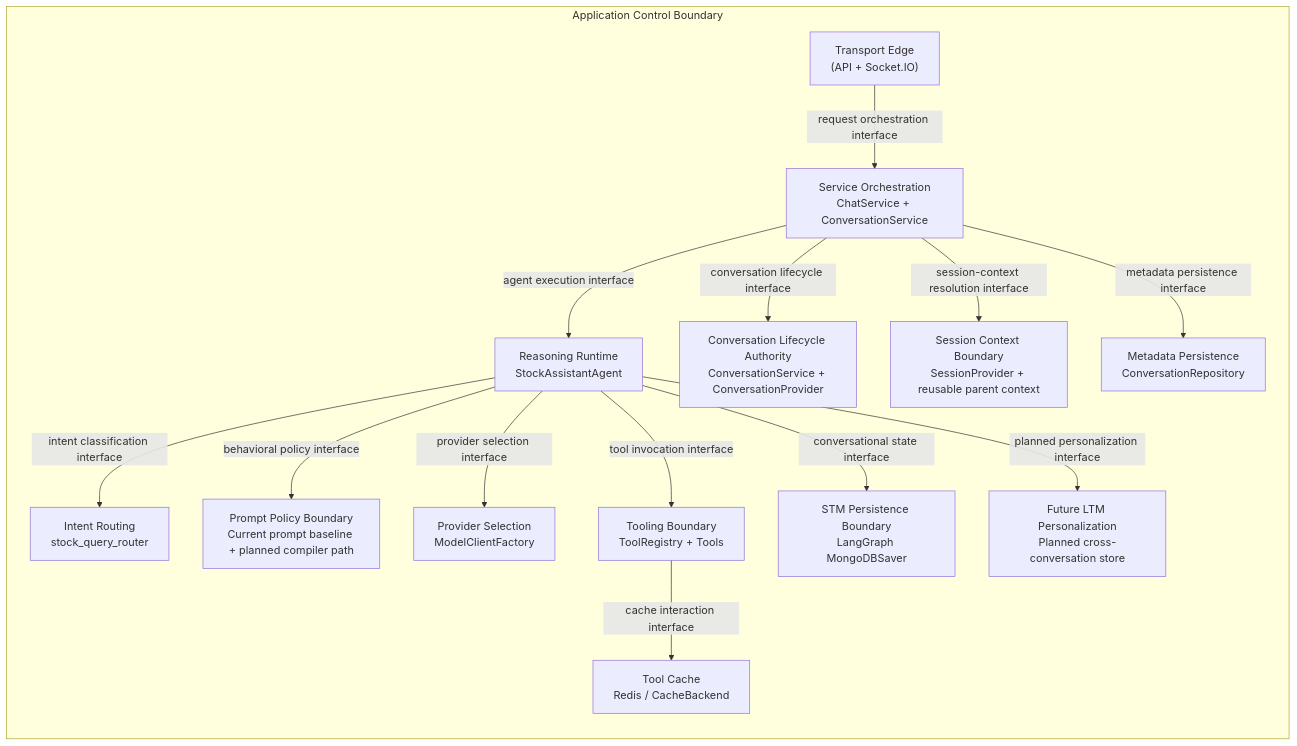
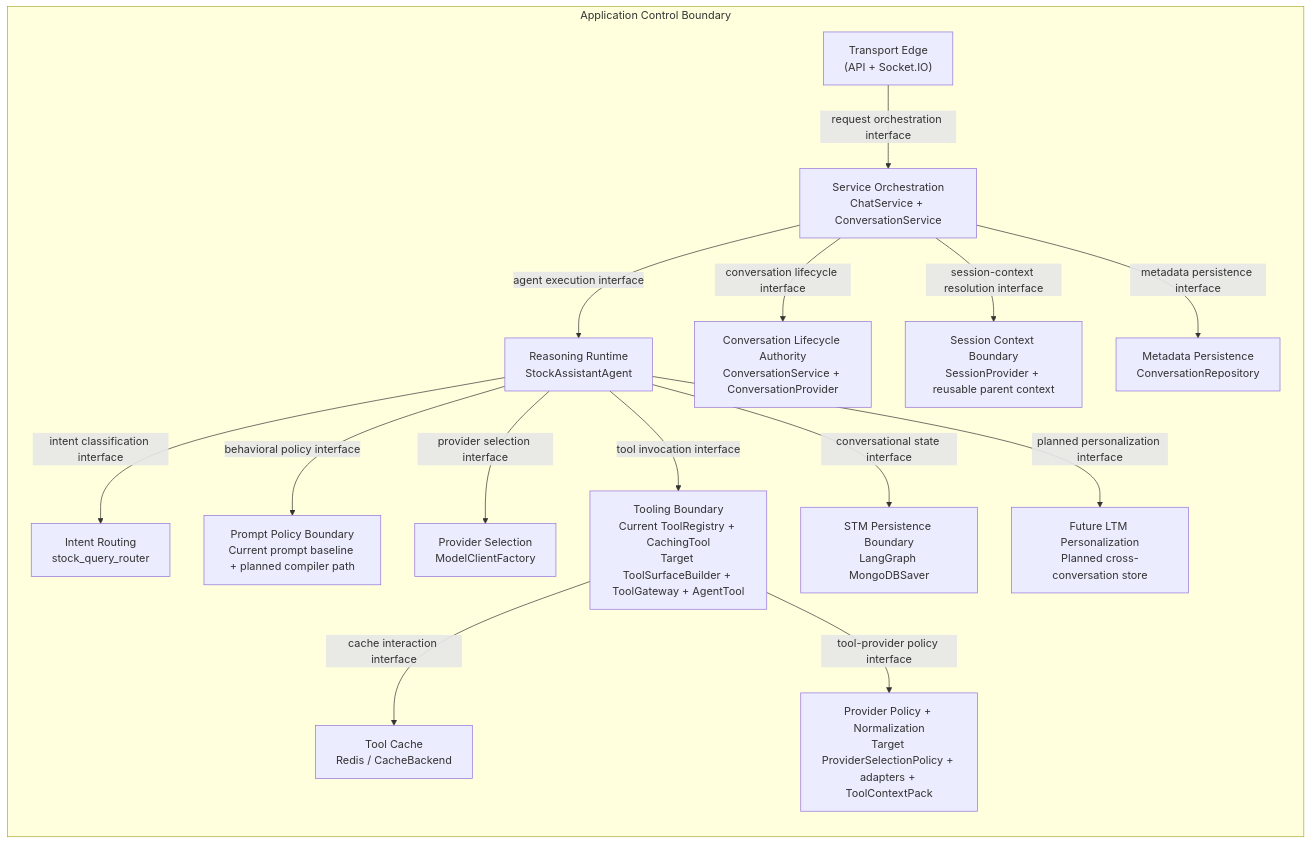
The third of 18 diagrams in docs/domains/agent/ARCHITECTURE_DESIGN.md (d-dragon/dp-stock-investment-assistant), drawn with Mermaid before and after one commit. The commit also changed other lines of this file and 5 other files, not shown here.

First line of the commit message:
docs(agent): formalize the Phase 2B tool-system decision and propagate its architecture and traceability across the agent domain docs.

````diff
--- a/docs/domains/agent/ARCHITECTURE_DESIGN.md
+++ b/docs/domains/agent/ARCHITECTURE_DESIGN.md
@@ -376,31 +395,33 @@
 ```mermaid
 flowchart LR
   subgraph App["Application Control Boundary"]
     Routes["Transport Edge\n(API + Socket.IO)"]
     Orch["Service Orchestration\nChatService + ConversationService"]
     LifeSvc["Conversation Lifecycle Authority\nConversationService + ConversationProvider"]
     SessionCtx["Session Context Boundary\nSessionProvider + reusable parent context"]
     Runtime["Reasoning Runtime\nStockAssistantAgent"]
     PromptComp["Prompt Policy Boundary\nCurrent prompt baseline + planned compiler path"]
     Router["Intent Routing\nstock_query_router"]
     ModelSel["Provider Selection\nModelClientFactory"]
-    ToolReg["Tooling Boundary\nToolRegistry + Tools"]
+    ToolReg["Tooling Boundary\nCurrent ToolRegistry + CachingTool\nTarget ToolSurfaceBuilder + ToolGateway + AgentTool"]
+    ProviderNorm["Provider Policy + Normalization\nTarget ProviderSelectionPolicy + adapters + ToolContextPack"]
     Repo["Metadata Persistence\nConversationRepository"]
     CheckpointStore["STM Persistence Boundary\nLangGraph MongoDBSaver"]
     FutureLTM["Future LTM Personalization\nPlanned cross-conversation store"]
     CacheStore["Tool Cache\nRedis / CacheBackend"]
   end
 
   Routes -->|"request orchestration interface"| Orch
   Orch -->|"agent execution interface"| Runtime
   Orch -->|"conversation lifecycle interface"| LifeSvc
   Orch -->|"session-context resolution interface"| SessionCtx
   Runtime -->|"intent classification interface"| Router
   Runtime -->|"behavioral policy interface"| PromptComp
   Runtime -->|"provider selection interface"| ModelSel
   Runtime -->|"tool invocation interface"| ToolReg
   Orch -->|"metadata persistence interface"| Repo
   Runtime -->|"conversational state interface"| CheckpointStore
   Runtime -->|"planned personalization interface"| FutureLTM
   ToolReg -->|"cache interaction interface"| CacheStore
+  ToolReg -->|"tool-provider policy interface"| ProviderNorm
 ```
````
